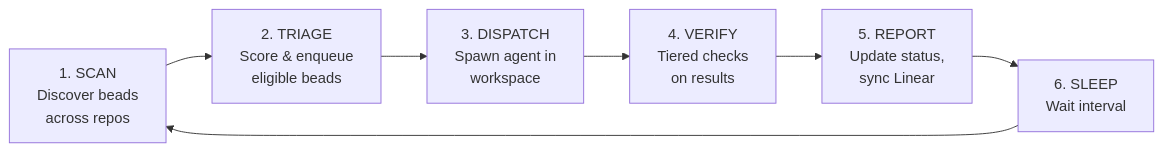
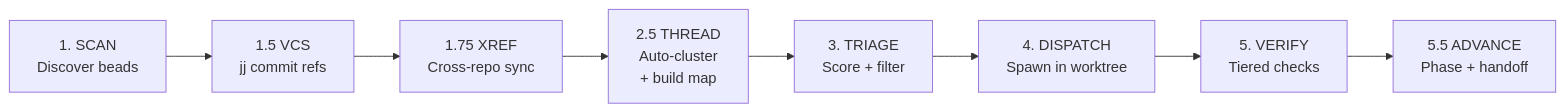
One commit to agentic-research/rosary changed the fourth of 9 diagrams in docs/ARCHITECTURE.md. Above: the diagram before and after it, drawn with Mermaid. The commit also changed other lines of this file and 1 other file, not shown here.

First line of the commit message:
docs: rewrite ARCHITECTURE.md — BDR lattice, conductor, 26 tools

````diff
--- a/docs/ARCHITECTURE.md
+++ b/docs/ARCHITECTURE.md
@@ -53,11 +112,13 @@
 ```mermaid
 flowchart LR
-    SCAN["1. SCAN<br/>Discover beads<br/>across repos"]
-    TRIAGE["2. TRIAGE<br/>Score & enqueue<br/>eligible beads"]
-    DISPATCH["3. DISPATCH<br/>Spawn agent in<br/>workspace"]
-    VERIFY["4. VERIFY<br/>Tiered checks<br/>on results"]
-    REPORT["5. REPORT<br/>Update status,<br/>sync Linear"]
-    SLEEP["6. SLEEP<br/>Wait interval"]
+    SCAN["1. SCAN<br/>Discover beads"]
+    VCS["1.5 VCS<br/>jj commit refs"]
+    XREF["1.75 XREF<br/>Cross-repo sync"]
+    THREAD["2.5 THREAD<br/>Auto-cluster<br/>+ build map"]
+    TRIAGE["3. TRIAGE<br/>Score + filter"]
+    DISPATCH["4. DISPATCH<br/>Spawn in worktree"]
+    VERIFY["5. VERIFY<br/>Tiered checks"]
+    ADVANCE["5.5 ADVANCE<br/>Phase + handoff"]
 
-    SCAN --> TRIAGE --> DISPATCH --> VERIFY --> REPORT --> SLEEP --> SCAN
+    SCAN --> VCS --> XREF --> THREAD --> TRIAGE --> DISPATCH --> VERIFY --> ADVANCE
 ```
````
